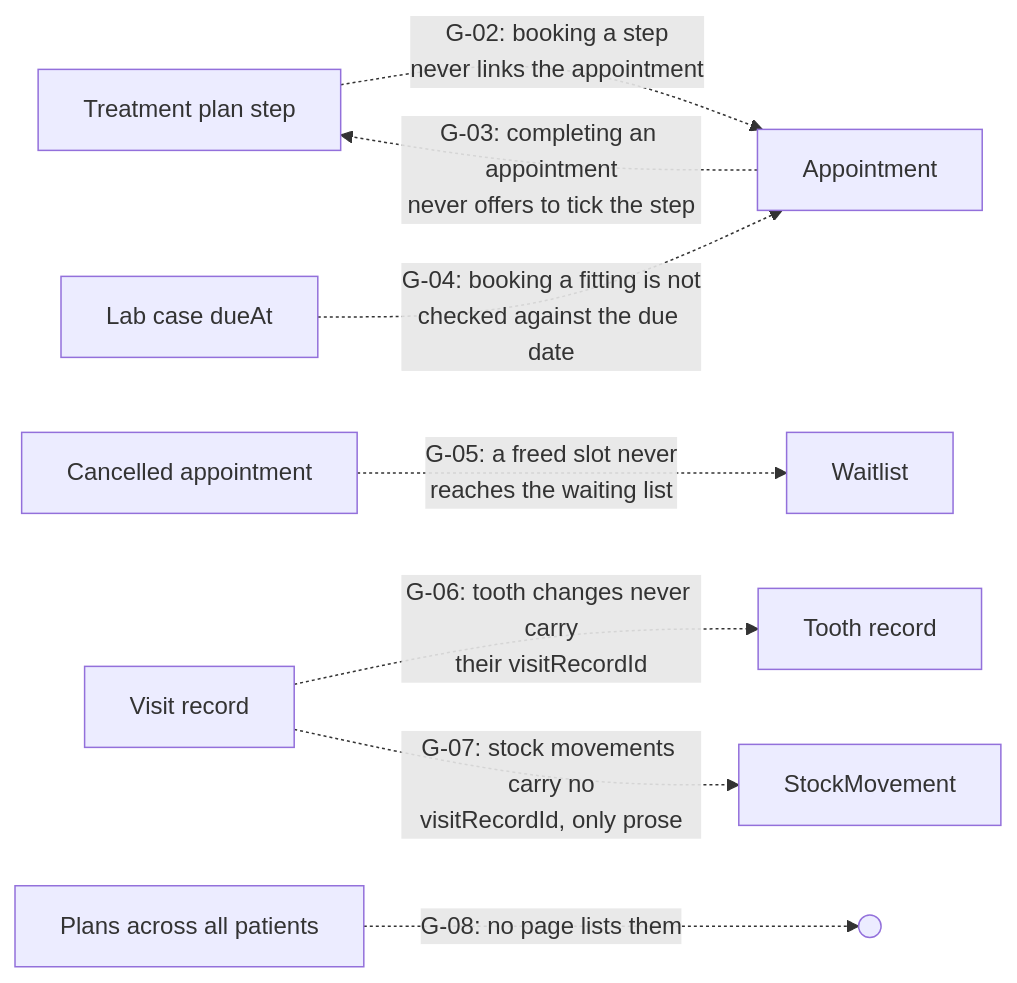
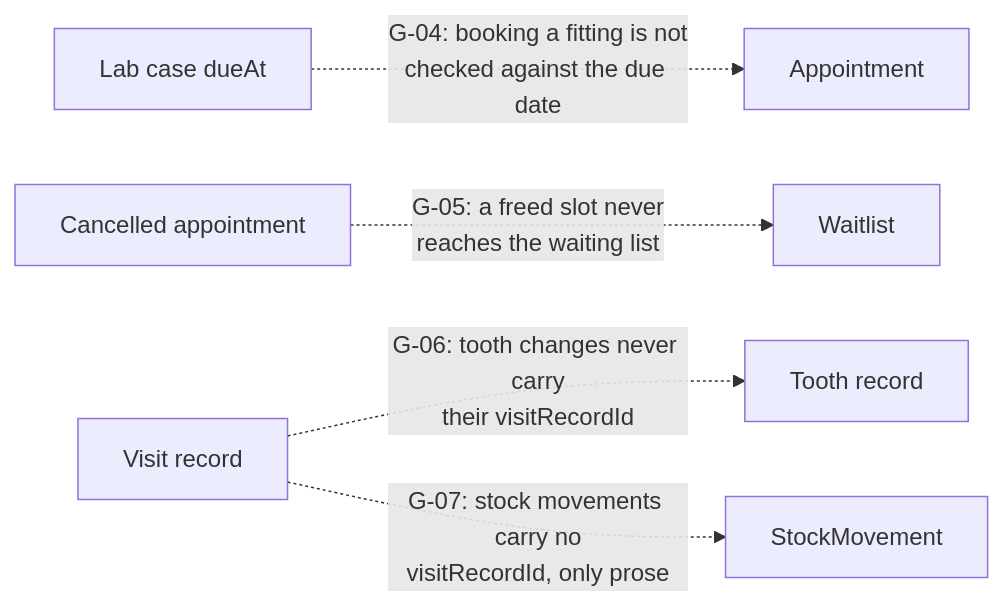
One commit to kristi2002/Dental changed the second of 6 diagrams in docs/APP-BLUEPRINT.md. Above: the diagram before and after it, drawn with Mermaid. The commit also changed other lines of this file and 48 other files, not shown here.

````diff
--- a/docs/APP-BLUEPRINT.md
+++ b/docs/APP-BLUEPRINT.md
@@ -341,10 +347,7 @@
 ```mermaid
 flowchart LR
-    PLAN[Treatment plan step] -. "G-02: booking a step<br/>never links the appointment" .-> APPT[Appointment]
-    APPT -. "G-03: completing an appointment<br/>never offers to tick the step" .-> PLAN
-    LAB[Lab case dueAt] -. "G-04: booking a fitting is not<br/>checked against the due date" .-> APPT
+    LAB[Lab case dueAt] -. "G-04: booking a fitting is not<br/>checked against the due date" .-> APPT[Appointment]
     CANCEL[Cancelled appointment] -. "G-05: a freed slot never<br/>reaches the waiting list" .-> WAIT[Waitlist]
     VISIT[Visit record] -. "G-06: tooth changes never carry<br/>their visitRecordId" .-> TOOTH[Tooth record]
     VISIT -. "G-07: stock movements carry no<br/>visitRecordId, only prose" .-> MOVE[StockMovement]
-    PLANS[Plans across all patients] -. "G-08: no page lists them" .-> NOWHERE(( ))
 ```
````
